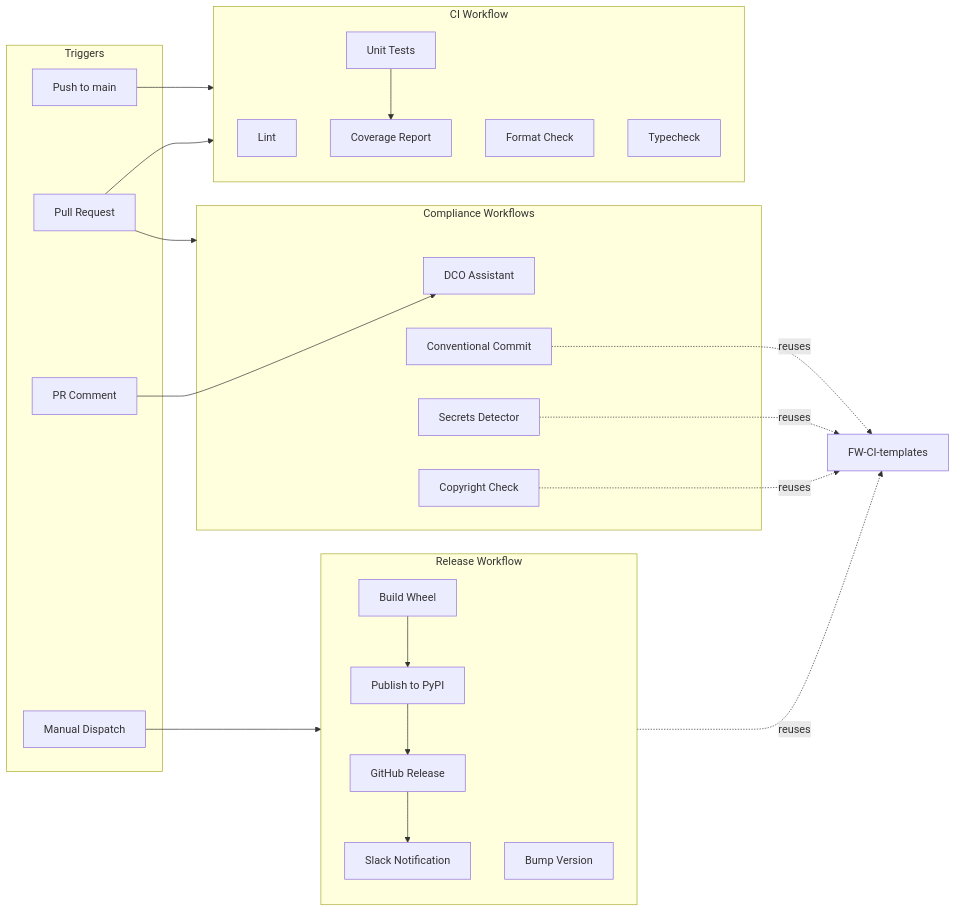
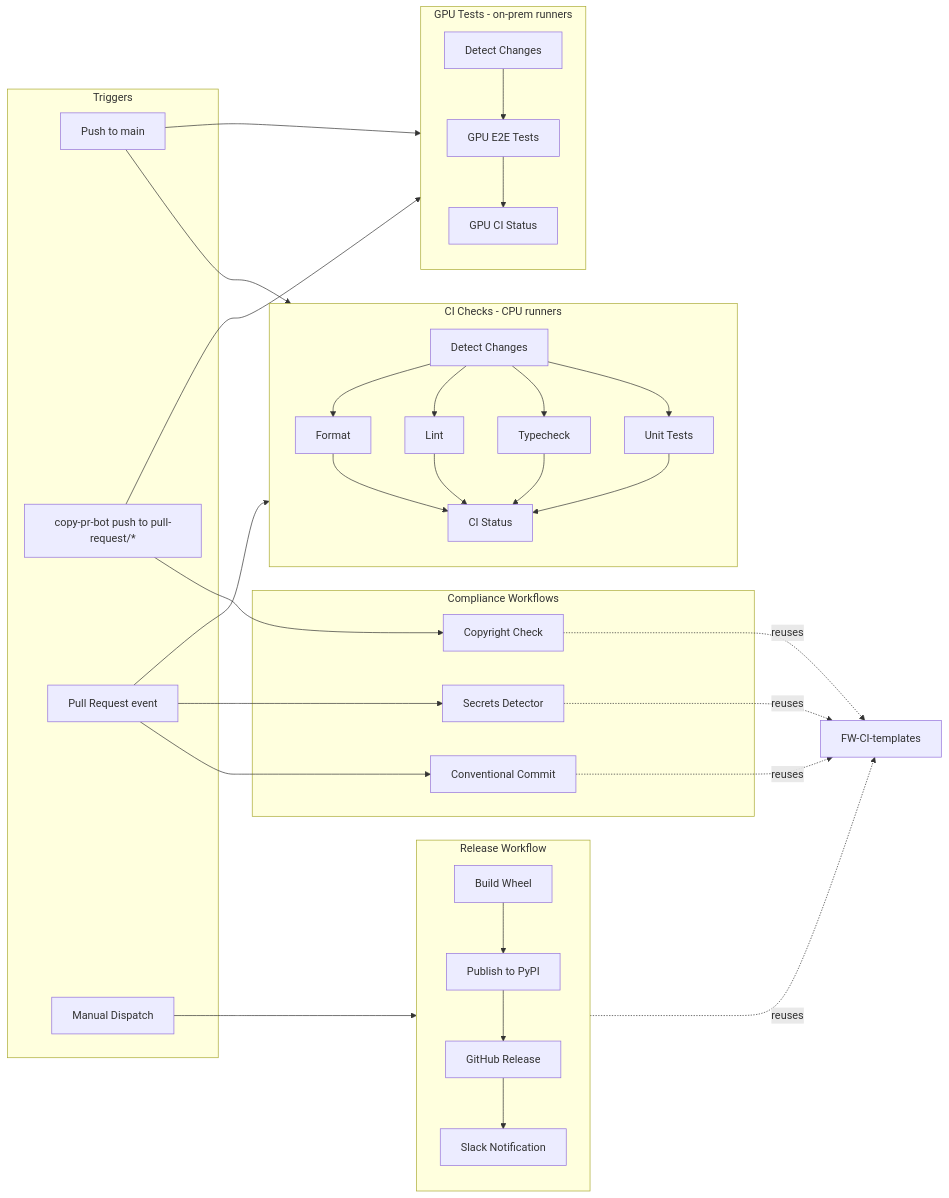
The diagram in .github/workflows/README.md (NVIDIA-NeMo/Safe-Synthesizer), drawn with Mermaid before and after one commit. The commit also changed other lines of this file and 4 other files, not shown here.

Commit message:
chore: add copy-pr-bot

````diff
--- a/.github/workflows/README.md
+++ b/.github/workflows/README.md
@@ -20,45 +34,52 @@
 ```mermaid
 flowchart LR
     subgraph triggers [Triggers]
         push[Push to main]
-        pr[Pull Request]
-        comment[PR Comment]
+        cpb[copy-pr-bot push to pull-request/*]
+        pr[Pull Request event]
         manual[Manual Dispatch]
     end
 
-    subgraph ci [CI Workflow]
+    subgraph ci [CI Checks - CPU runners]
+        changes_ci[Detect Changes]
+        format[Format]
         lint[Lint]
-        format[Format Check]
         typecheck[Typecheck]
-        test[Unit Tests]
-        test --> coverage[Coverage Report]
+        unit[Unit Tests]
+        ci_status[CI Status]
+        changes_ci --> format & lint & typecheck & unit
+        format & lint & typecheck & unit --> ci_status
+    end
+
+    subgraph gpu [GPU Tests - on-prem runners]
+        changes_gpu[Detect Changes]
+        e2e[GPU E2E Tests]
+        gpu_status[GPU CI Status]
+        changes_gpu --> e2e --> gpu_status
     end
 
     subgraph compliance [Compliance Workflows]
-        dco[DCO Assistant]
         conventional[Conventional Commit]
         secrets[Secrets Detector]
         copyright[Copyright Check]
     end
 
     subgraph release [Release Workflow]
         buildWheel[Build Wheel]
-        bumpVersion[Bump Version]
         publishPyPI[Publish to PyPI]
         ghRelease[GitHub Release]
         slackNotify[Slack Notification]
     end
 
-    push --> ci
-    pr --> ci
-    pr --> compliance
-    comment --> dco
+    push --> ci & gpu
+    cpb --> gpu & copyright
+    pr --> ci & conventional & secrets
     manual --> release
 
     buildWheel --> publishPyPI --> ghRelease --> slackNotify
 
     conventional -.->|reuses| FW-CI-templates
     secrets -.->|reuses| FW-CI-templates
     copyright -.->|reuses| FW-CI-templates
     release -.->|reuses| FW-CI-templates
 ```
````
